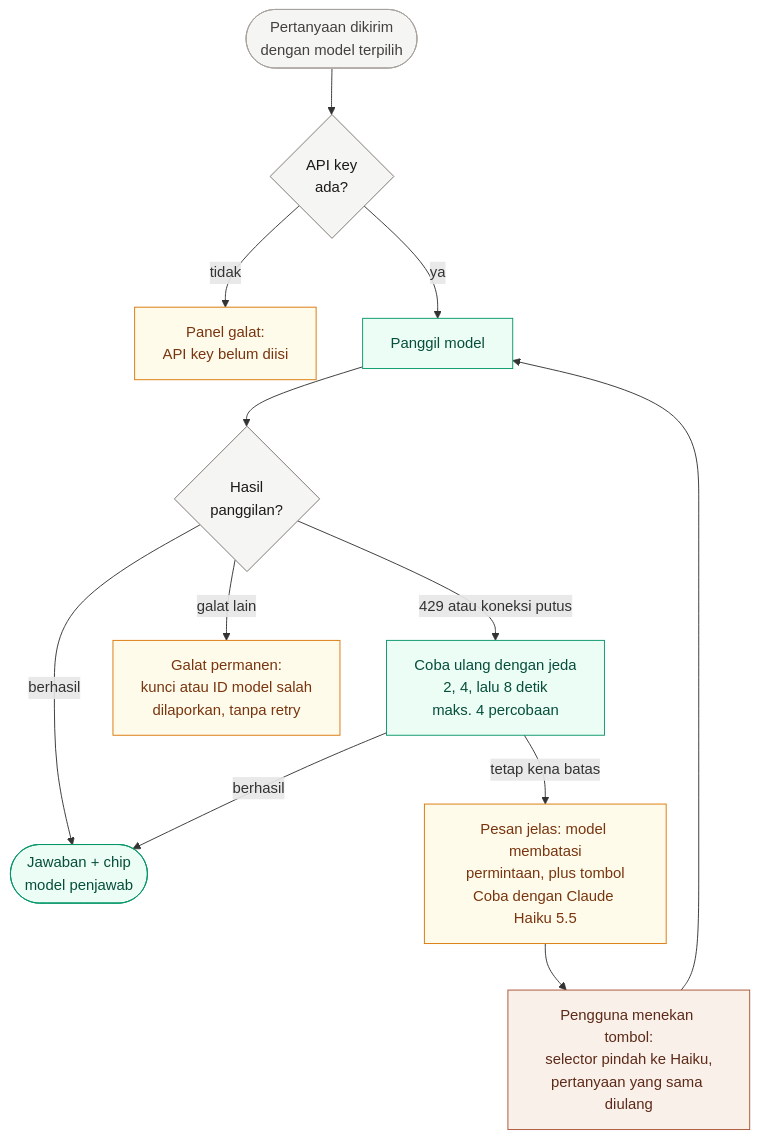
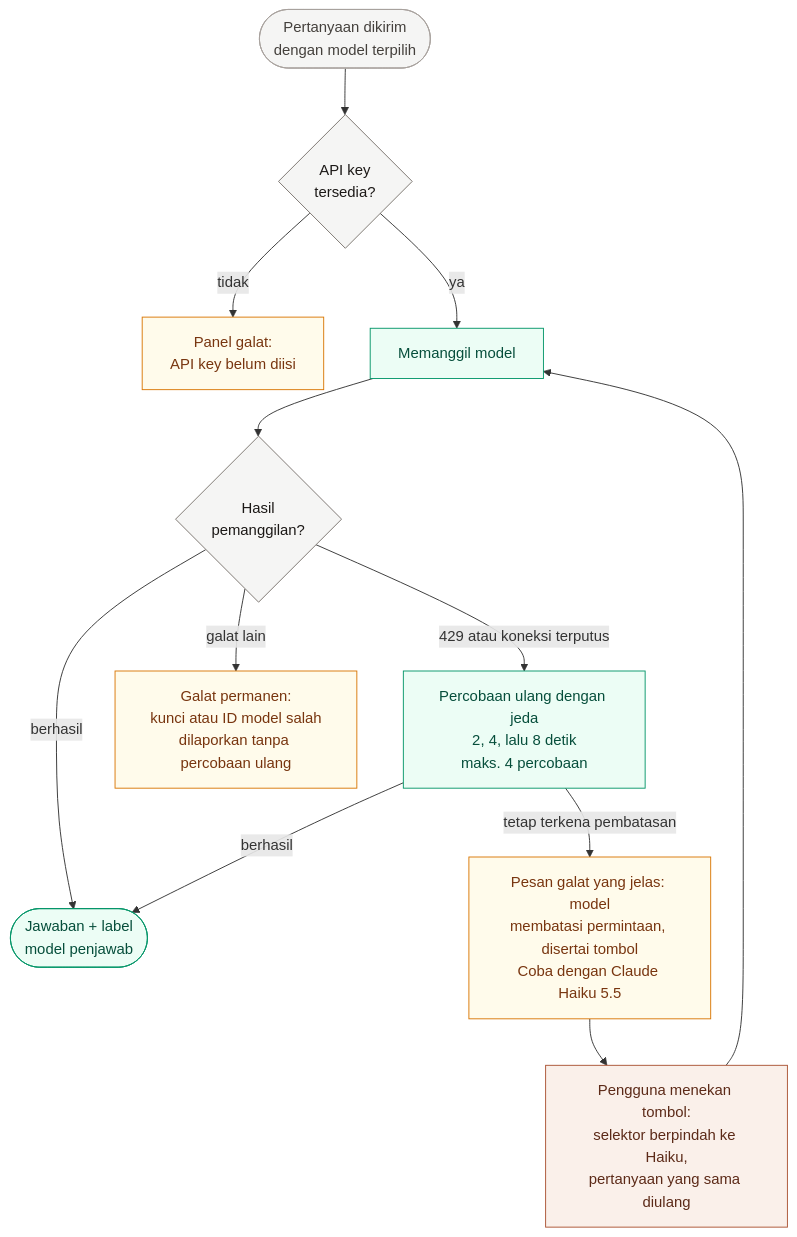
The fourth of 6 diagrams in docs/alur-kerja.md (bangahmed/RAG_Dukcapil), drawn with Mermaid before and after one commit. The commit also changed other lines of this file and 8 other files, not shown here.

Commit message:
Ubah dokumentasi ke bahasa akademis dan ganti chip contoh dengan pertanyaan set uji

````diff
--- a/docs/alur-kerja.md
+++ b/docs/alur-kerja.md
@@ -146,29 +150,29 @@
 ```mermaid
 flowchart TD
     classDef lokal fill:#ecfdf5,stroke:#059669,color:#064e3b
     classDef claude fill:#faf0ea,stroke:#aa5233,color:#5c2a18
     classDef data fill:#f5f5f4,stroke:#a8a29e,color:#44403c
     classDef tanya fill:#f5f5f4,stroke:#78716c,color:#1c1917
     classDef galat fill:#fffbeb,stroke:#d97706,color:#78350f
 
     mulai(["Pertanyaan dikirim<br/>dengan model terpilih"]):::data
-    kunci{"API key<br/>ada?"}:::tanya
+    kunci{"API key<br/>tersedia?"}:::tanya
     tanpa["Panel galat:<br/>API key belum diisi"]:::galat
-    panggil["Panggil model"]:::lokal
-    hasil{"Hasil<br/>panggilan?"}:::tanya
-    ok(["Jawaban + chip<br/>model penjawab"]):::lokal
-    retry["Coba ulang dengan jeda<br/>2, 4, lalu 8 detik<br/>maks. 4 percobaan"]:::lokal
-    permanen["Galat permanen:<br/>kunci atau ID model salah<br/>dilaporkan, tanpa retry"]:::galat
-    pesan["Pesan jelas: model membatasi<br/>permintaan, plus tombol<br/>Coba dengan Claude Haiku 5.5"]:::galat
-    pindah["Pengguna menekan tombol:<br/>selector pindah ke Haiku,<br/>pertanyaan yang sama diulang"]:::claude
+    panggil["Memanggil model"]:::lokal
+    hasil{"Hasil<br/>pemanggilan?"}:::tanya
+    ok(["Jawaban + label<br/>model penjawab"]):::lokal
+    retry["Percobaan ulang dengan jeda<br/>2, 4, lalu 8 detik<br/>maks. 4 percobaan"]:::lokal
+    permanen["Galat permanen:<br/>kunci atau ID model salah<br/>dilaporkan tanpa percobaan ulang"]:::galat
+    pesan["Pesan galat yang jelas: model<br/>membatasi permintaan, disertai tombol<br/>Coba dengan Claude Haiku 5.5"]:::galat
+    pindah["Pengguna menekan tombol:<br/>selektor berpindah ke Haiku,<br/>pertanyaan yang sama diulang"]:::claude
 
     mulai --> kunci
     kunci -- tidak --> tanpa
     kunci -- ya --> panggil --> hasil
     hasil -- berhasil --> ok
-    hasil -- "429 atau koneksi putus" --> retry
+    hasil -- "429 atau koneksi terputus" --> retry
     hasil -- "galat lain" --> permanen
     retry -- berhasil --> ok
-    retry -- "tetap kena batas" --> pesan
+    retry -- "tetap terkena pembatasan" --> pesan
     pesan --> pindah --> panggil
 ```
````
